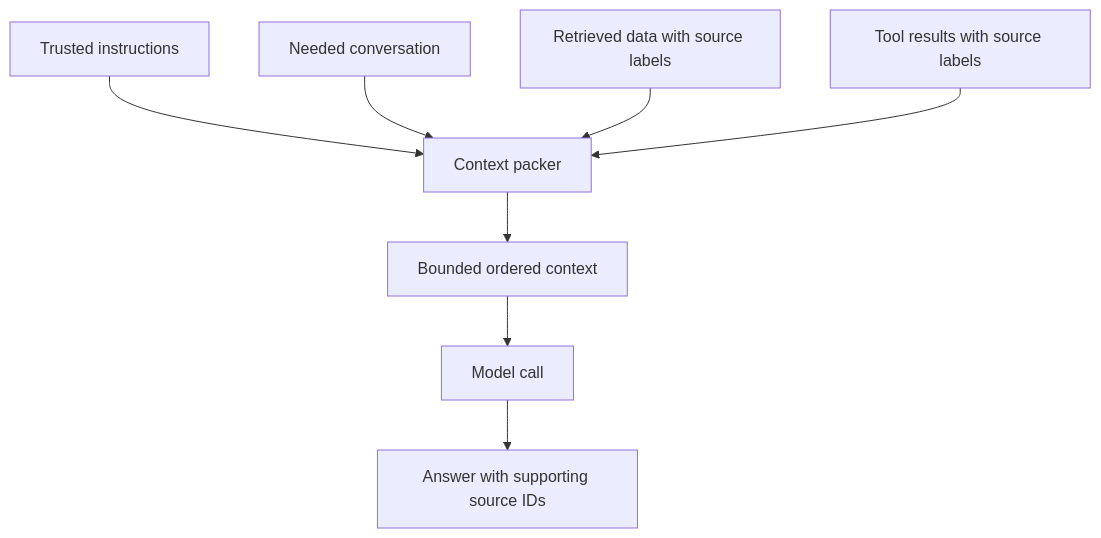
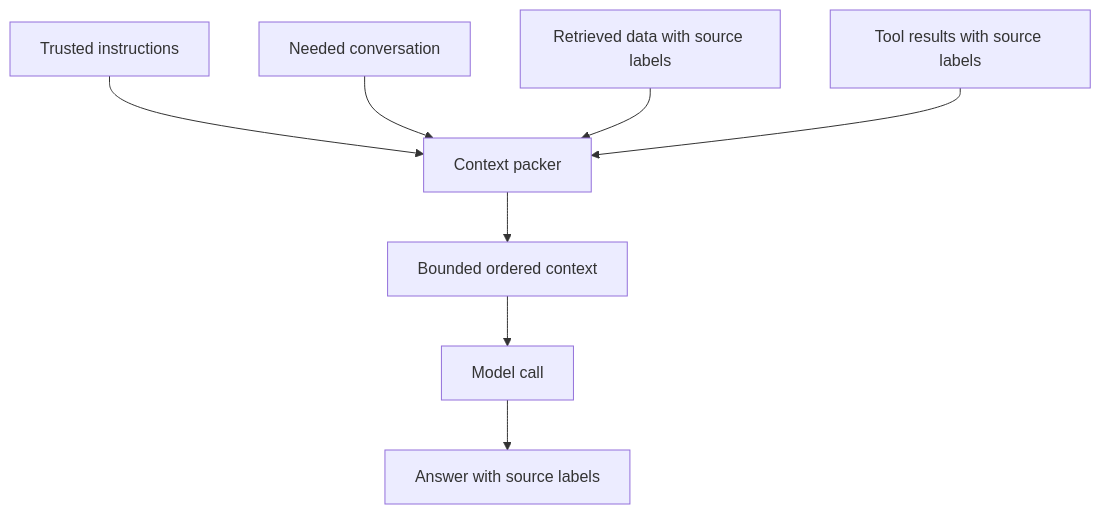
One commit to VikrantSingh01/Agentic_System_Design changed the first of 2 diagrams in modules/03-context-knowledge-memory/chapters/09-context-engineering.md. Above: the diagram before and after it, drawn with Mermaid. The commit also changed other lines of this file and 5 other files, not shown here.

Commit message:
Improve Module 3 diagram accessibility

````diff
--- a/modules/03-context-knowledge-memory/chapters/09-context-engineering.md
+++ b/modules/03-context-knowledge-memory/chapters/09-context-engineering.md
@@ -70,10 +71,10 @@
 ```mermaid
 flowchart TB
     I[Trusted instructions] --> P[Context packer]
     C[Needed conversation] --> P
     R[Retrieved data with source labels] --> P
     T[Tool results with source labels] --> P
     P --> B[Bounded ordered context]
     B --> M[Model call]
-    M --> A[Answer with supporting source IDs]
+    M --> A[Answer with source labels]
 ```
````
